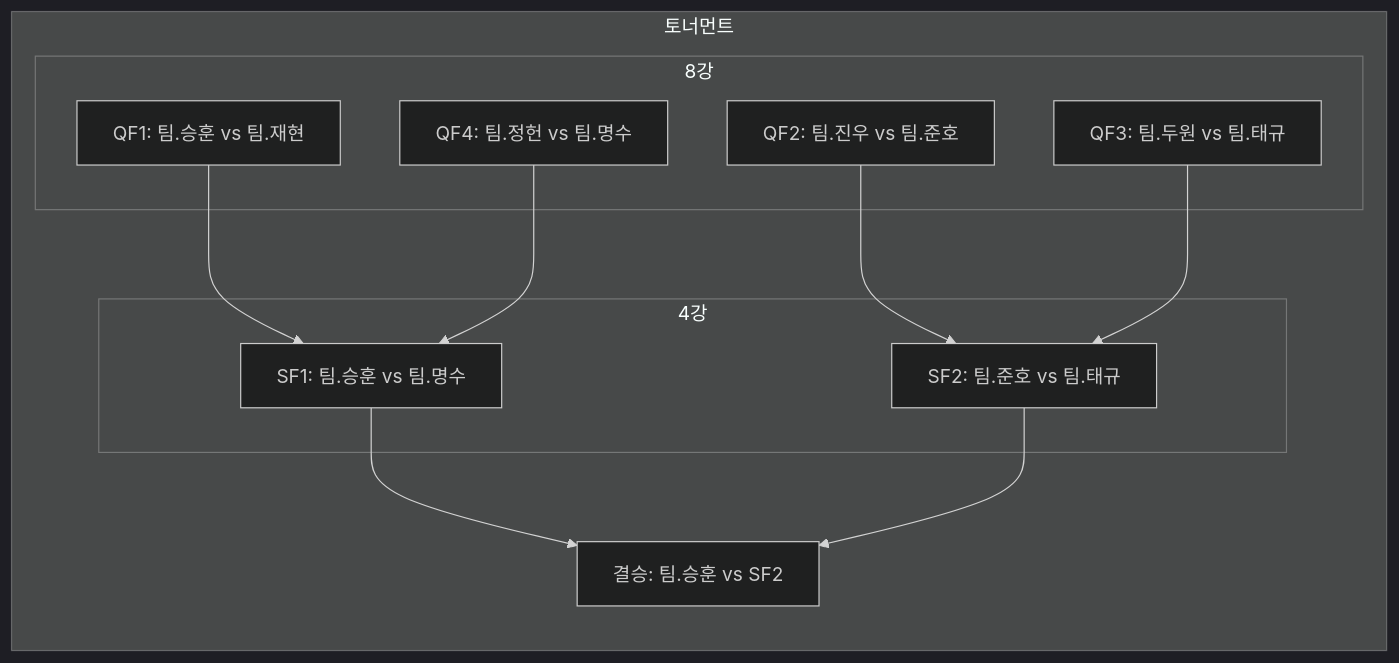
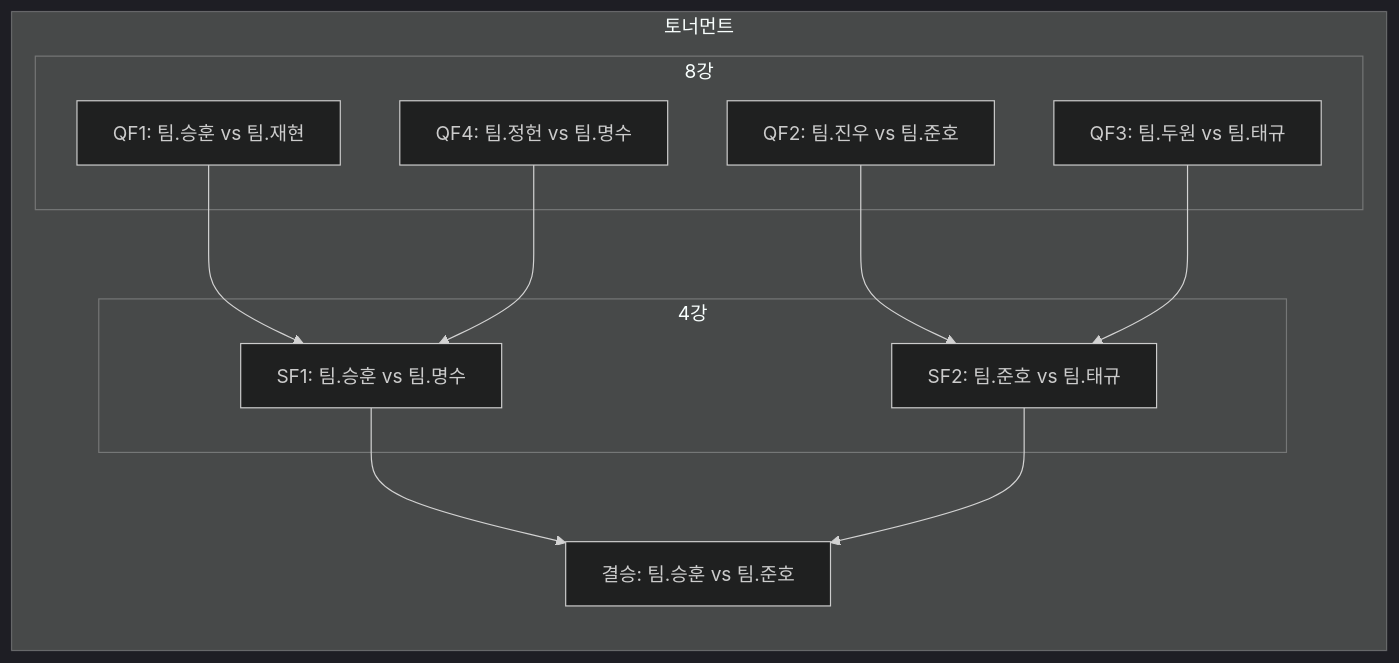
Before and after one commit to winteruss/3-8-Brawlstars-Tournament: the third of 3 diagrams in 브롤대회.md, drawn with Mermaid (dark theme).

````diff
--- a/브롤대회.md
+++ b/브롤대회.md
@@ -100,25 +100,25 @@
 ```mermaid
 flowchart TB
 %% 토너먼트
   subgraph KO["토너먼트"]
     direction TB
     subgraph QF["8강"]
       QF1["QF1: 팀.승훈 vs 팀.재현"]
       QF2["QF2: 팀.진우 vs 팀.준호"]
       QF3["QF3: 팀.두원 vs 팀.태규"]
       QF4["QF4: 팀.정헌 vs 팀.명수"]
     end
     subgraph SF["4강"]
       SF1["SF1: 팀.승훈 vs 팀.명수"]
       SF2["SF2: 팀.준호 vs 팀.태규"]
     end
-    Final["결승: 팀.승훈 vs SF2"]
+    Final["결승: 팀.승훈 vs 팀.준호"]
   end
   %% 화살표 연결
   QF1 --> SF1
   QF4 --> SF1
   QF2 --> SF2
   QF3 --> SF2
   SF1 --> Final
   SF2 --> Final
 ```
````
